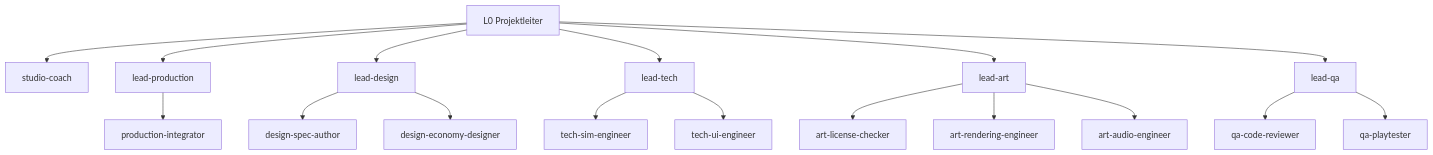
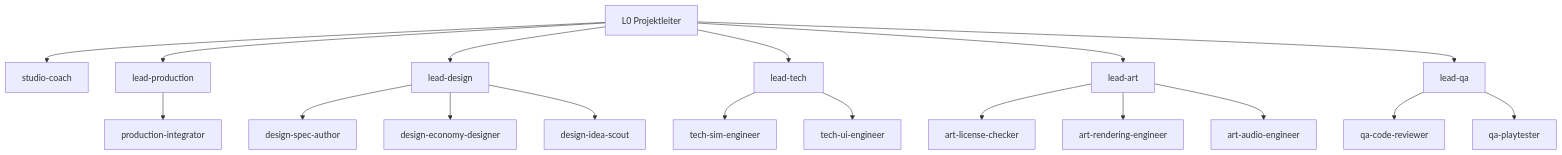
The diagram in docs/studio/roster.md (konstantinniedermann/Inselreich), drawn with Mermaid before and after one commit. The commit also changed other lines of this file and 16 other files, not shown here.

````diff
--- a/docs/studio/roster.md
+++ b/docs/studio/roster.md
@@ -8,20 +8,21 @@
 ```mermaid
 flowchart TD
   L0[L0 Projektleiter]
   L0 --> C[studio-coach]
   L0 --> P[lead-production]
   L0 --> D[lead-design]
   L0 --> T[lead-tech]
   L0 --> A[lead-art]
   L0 --> Q[lead-qa]
   P --> P1[production-integrator]
   D --> D1[design-spec-author]
   D --> D2[design-economy-designer]
+  D --> D3[design-idea-scout]
   T --> T1[tech-sim-engineer]
   T --> T2[tech-ui-engineer]
   A --> A1[art-license-checker]
   A --> A2[art-rendering-engineer]
   A --> A3[art-audio-engineer]
   Q --> Q1[qa-code-reviewer]
   Q --> Q2[qa-playtester]
 ```
````
